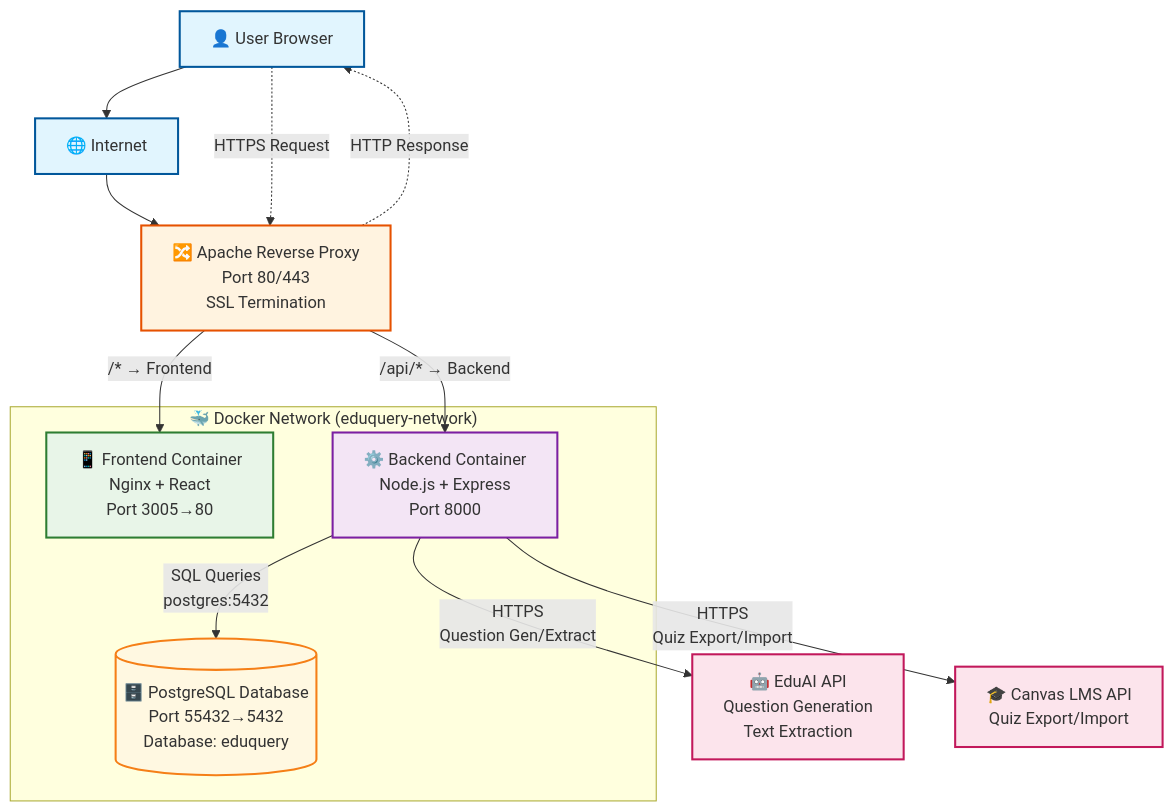
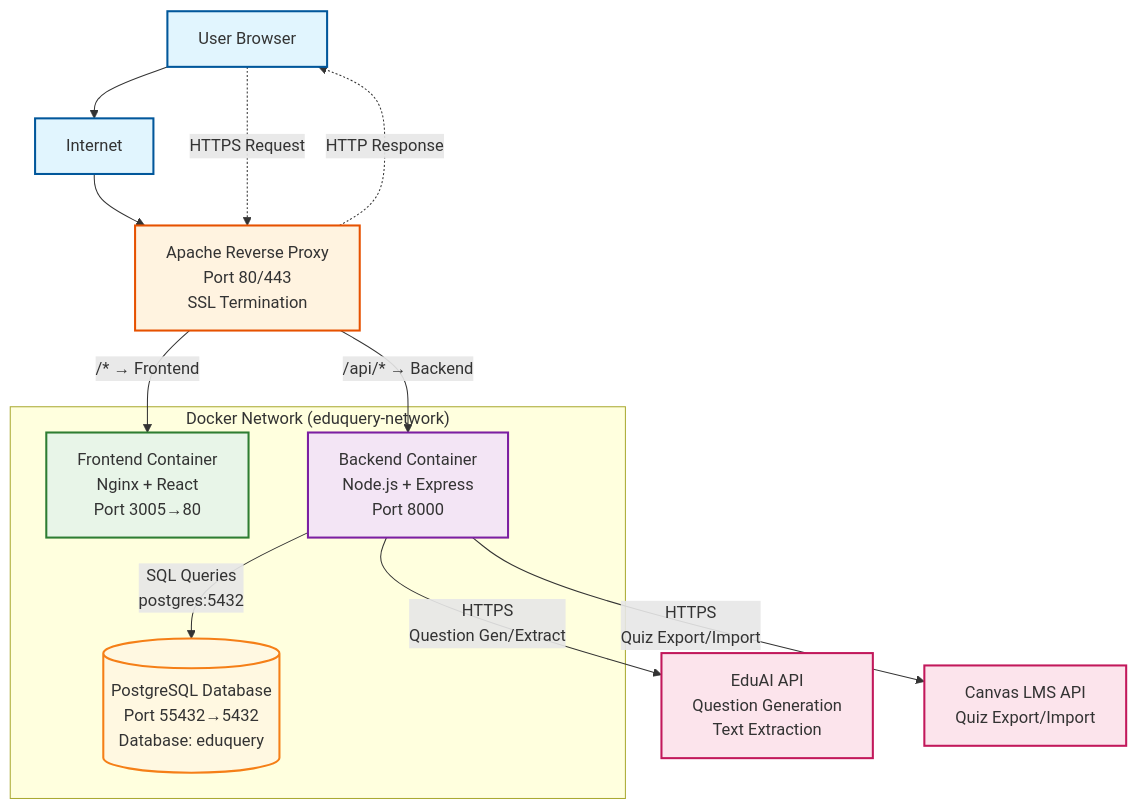
One commit to EduAI-Lab/Question-Maker changed the diagram in docs/diagrams/architecture.md. Above: the diagram before and after it, drawn with Mermaid. The commit also changed 1 other file, not shown here.

````diff
--- a/docs/diagrams/architecture.md
+++ b/docs/diagrams/architecture.md
@@ -1,59 +1,59 @@
 ```mermaid
 graph TB
     %% External Layer
-    User[👤 User Browser]
-    Internet[🌐 Internet]
+    User[User Browser]
+    Internet[Internet]
     
     %% Apache Reverse Proxy
-    Apache[🔀 Apache Reverse Proxy<br/>Port 80/443<br/>SSL Termination]
+    Apache[Apache Reverse Proxy<br/>Port 80/443<br/>SSL Termination]
     
     %% Docker Network
-    subgraph Docker["🐳 Docker Network (eduquery-network)"]
+    subgraph Docker["Docker Network (eduquery-network)"]
         %% Frontend Container
-        Frontend[📱 Frontend Container<br/>Nginx + React<br/>Port 3005→80]
+        Frontend[Frontend Container<br/>Nginx + React<br/>Port 3005→80]
         
         %% Backend Container
-        Backend[⚙️ Backend Container<br/>Node.js + Express<br/>Port 8000]
+        Backend[Backend Container<br/>Node.js + Express<br/>Port 8000]
         
         %% Database Container
-        Database[(🗄️ PostgreSQL Database<br/>Port 55432→5432<br/>Database: eduquery)]
+        Database[(PostgreSQL Database<br/>Port 55432→5432<br/>Database: eduquery)]
     end
     
     %% External Services
-    EduAI[🤖 EduAI API<br/>Question Generation<br/>Text Extraction]
-    Canvas[🎓 Canvas LMS API<br/>Quiz Export/Import]
+    EduAI[EduAI API<br/>Question Generation<br/>Text Extraction]
+    Canvas[Canvas LMS API<br/>Quiz Export/Import]
     
     %% Request Flow
     User --> Internet
     Internet --> Apache
     
     %% Apache Routing
     Apache -->|"/api/* → Backend"| Backend
     Apache -->|"/* → Frontend"| Frontend
     
     %% Internal Communication
     Backend -->|"SQL Queries<br/>postgres:5432"| Database
     
     %% External API Calls
     Backend -->|"HTTPS<br/>Question Gen/Extract"| EduAI
     Backend -->|"HTTPS<br/>Quiz Export/Import"| Canvas
     
     %% Data Flow Labels
     User -.->|"HTTPS Request"| Apache
     Apache -.->|"HTTP Response"| User
     
     %% Styling
     classDef external fill:#e1f5fe,stroke:#01579b,stroke-width:2px
     classDef proxy fill:#fff3e0,stroke:#e65100,stroke-width:2px
     classDef frontend fill:#e8f5e8,stroke:#2e7d32,stroke-width:2px
     classDef backend fill:#f3e5f5,stroke:#7b1fa2,stroke-width:2px
     classDef database fill:#fff8e1,stroke:#f57f17,stroke-width:2px
     classDef extapi fill:#fce4ec,stroke:#c2185b,stroke-width:2px
     
     class User,Internet external
     class Apache proxy
     class Frontend frontend
     class Backend backend
     class Database database
     class EduAI,Canvas extapi
 ```
````
